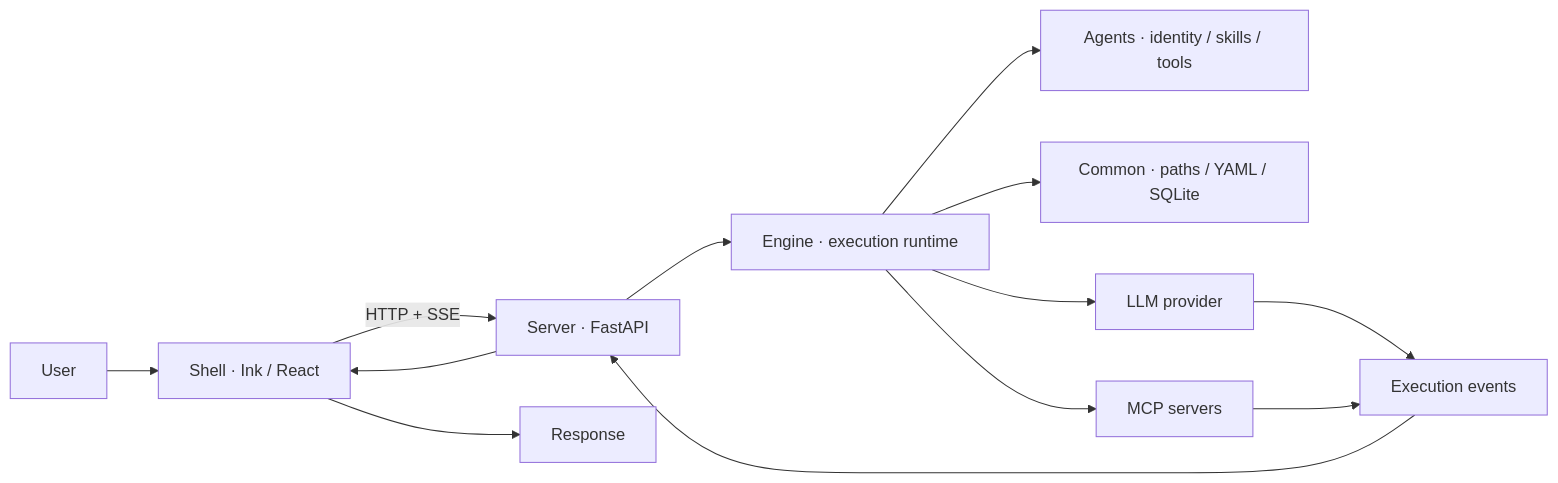
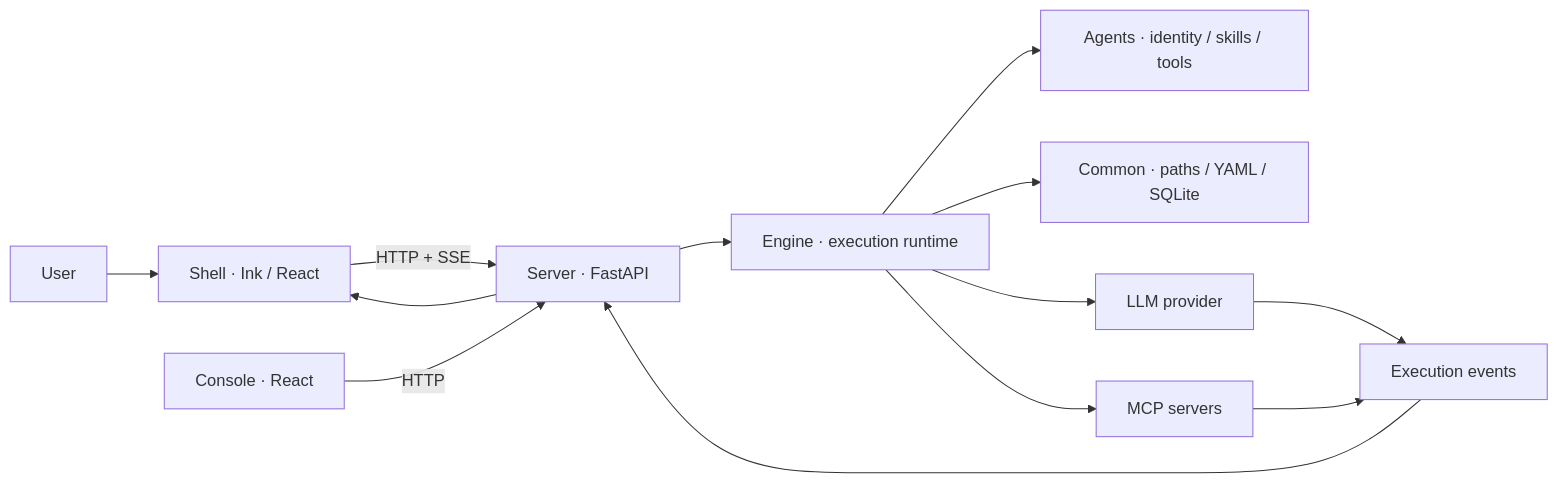
Before and after one commit to lumos-tiamo/Helve: the diagram in README.md, drawn with Mermaid. The commit also changed other lines of this file and 3 other files, not shown here.

````diff
--- a/README.md
+++ b/README.md
@@ -131,15 +104,15 @@
 ```mermaid
 graph LR
     U[User] --> S[Shell · Ink / React]
     S -->|HTTP + SSE| V[Server · FastAPI]
+    W[Console · React] -->|HTTP| V
     V --> E[Engine · execution runtime]
     E --> A[Agents · identity / skills / tools]
     E --> C[Common · paths / YAML / SQLite]
     E --> L[LLM provider]
     E --> M[MCP servers]
     L --> R[Execution events]
     M --> R
     R --> V
     V --> S
-    S --> O[Response]
 ```
````
